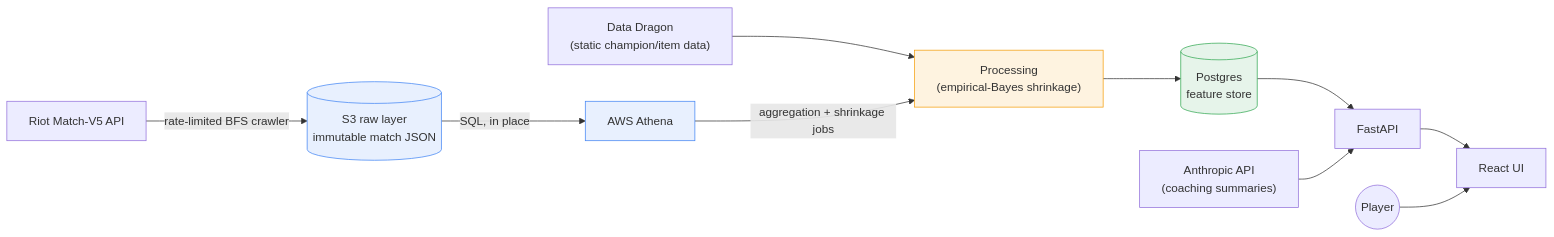
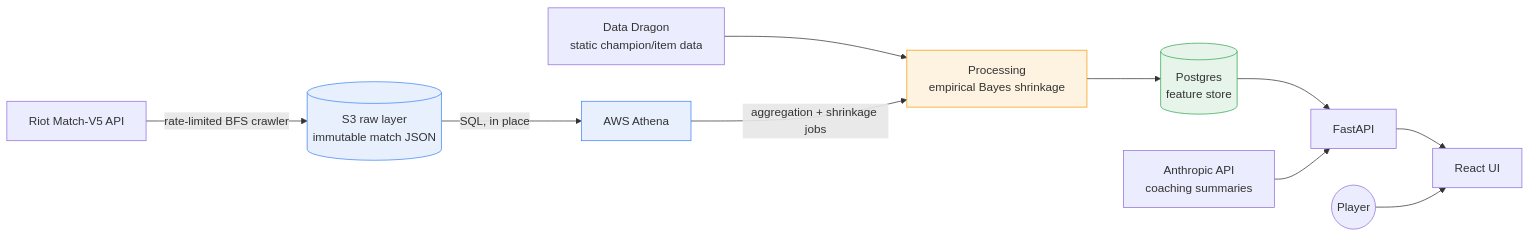
One commit to lyonstran/lol-matchup-analytics changed the diagram in README.md. Above: the diagram before and after it, drawn with Mermaid. The commit also changed 2 other files, not shown here.

````diff
--- a/README.md
+++ b/README.md
@@ -119,17 +119,17 @@
 ```mermaid
 flowchart LR
-    Riot["Riot Match-V5 API"] -->|"rate-limited BFS crawler"| S3[("S3 raw layer<br/>immutable match JSON")]
-    DDragon["Data Dragon<br/>(static champion/item data)"] --> Load
+    Riot["Riot Match-V5 API"] -->|"rate-limited BFS crawler"| S3[("S3 raw layer<br>immutable match JSON")]
+    DDragon["Data Dragon<br>static champion/item data"] --> Load
     S3 -->|"SQL, in place"| Athena["AWS Athena"]
-    Athena -->|"aggregation + shrinkage jobs"| Load["Processing<br/>(empirical-Bayes shrinkage)"]
-    Load --> PG[("Postgres<br/>feature store")]
+    Athena -->|"aggregation + shrinkage jobs"| Load["Processing<br>empirical Bayes shrinkage"]
+    Load --> PG[("Postgres<br>feature store")]
     PG --> API["FastAPI"]
     API --> Web["React UI"]
-    Claude["Anthropic API<br/>(coaching summaries)"] --> API
+    Claude["Anthropic API<br>coaching summaries"] --> API
     User(("Player")) --> Web
 
     style S3 fill:#e8f0fe,stroke:#4285f4
     style Athena fill:#e8f0fe,stroke:#4285f4
     style Load fill:#fef3e0,stroke:#f59e0b
     style PG fill:#e6f4ea,stroke:#34a853
 ```
````
